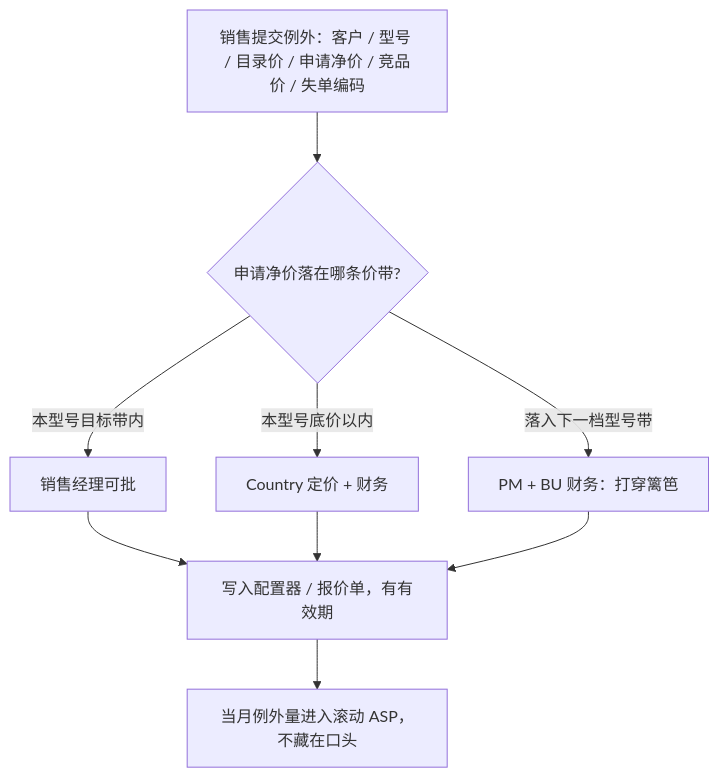
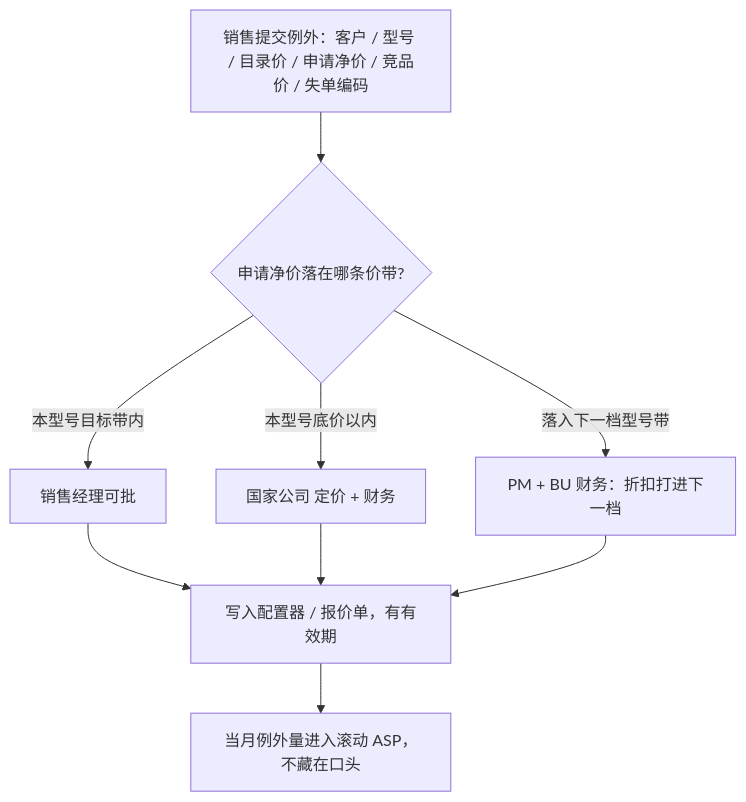
Diagram 20 of 29 in 产品管理/战略和产品管理.md (analyst2004lx/paper01), drawn with Mermaid before and after one commit. The commit also changed other lines of this file and 2 other files, not shown here.

````diff
--- a/产品管理/战略和产品管理.md
+++ b/产品管理/战略和产品管理.md
@@ -1768,11 +1773,11 @@
 ```mermaid
 flowchart TD
     REQ["销售提交例外：客户 / 型号 / 目录价 / 申请净价 / 竞品价 / 失单编码"] --> BAND{"申请净价落在哪条价带?"}
     BAND -->|本型号目标带内| SM["销售经理可批"]
-    BAND -->|本型号底价以内| CT["Country 定价 + 财务"]
-    BAND -->|落入下一档型号带| BU["PM + BU 财务：打穿篱笆"]
+    BAND -->|本型号底价以内| CT["国家公司 定价 + 财务"]
+    BAND -->|落入下一档型号带| BU["PM + BU 财务：折扣打进下一档"]
     SM --> ERP["写入配置器 / 报价单，有有效期"]
     CT --> ERP
     BU --> ERP
     ERP --> ASP["当月例外量进入滚动 ASP，不藏在口头"]
 ```
````
